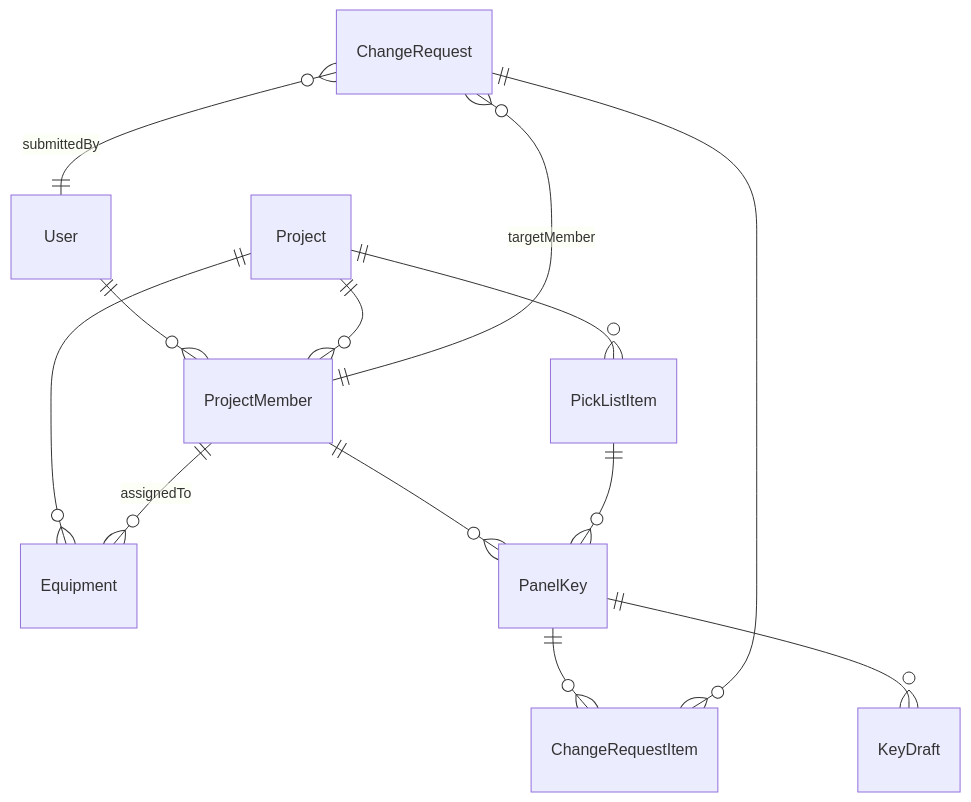
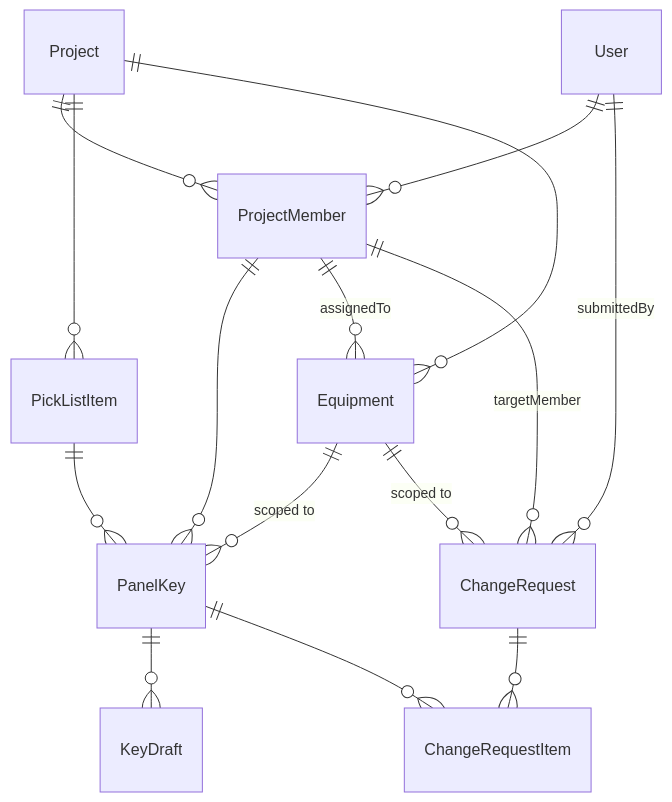
Before and after one commit to jimmfxr/versacom-app: the second of 2 diagrams in docs/uml-erd.md, drawn with Mermaid. The commit also changed other lines of this file and 15 other files, not shown here.

````diff
--- a/docs/uml-erd.md
+++ b/docs/uml-erd.md
@@ -221,15 +226,17 @@
 ```mermaid
 erDiagram
     User ||--o{ ProjectMember : ""
     Project ||--o{ ProjectMember : ""
     Project ||--o{ PickListItem : ""
     Project ||--o{ Equipment : ""
     ProjectMember ||--o{ PanelKey : ""
     ProjectMember ||--o{ Equipment : "assignedTo"
+    Equipment ||--o{ PanelKey : "scoped to"
+    Equipment ||--o{ ChangeRequest : "scoped to"
     PickListItem ||--o{ PanelKey : ""
     PanelKey ||--o{ KeyDraft : ""
     PanelKey ||--o{ ChangeRequestItem : ""
     ChangeRequest ||--o{ ChangeRequestItem : ""
     ChangeRequest }o--|| ProjectMember : "targetMember"
     ChangeRequest }o--|| User : "submittedBy"
 ```
````
